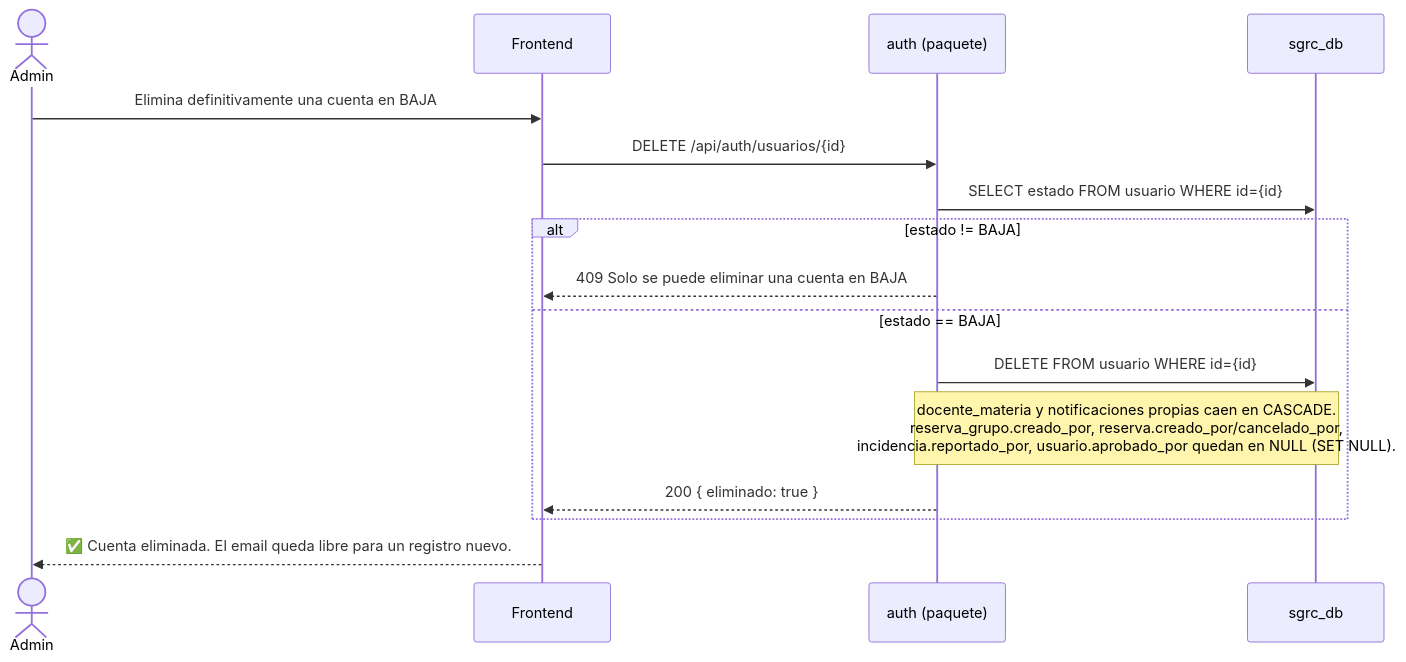
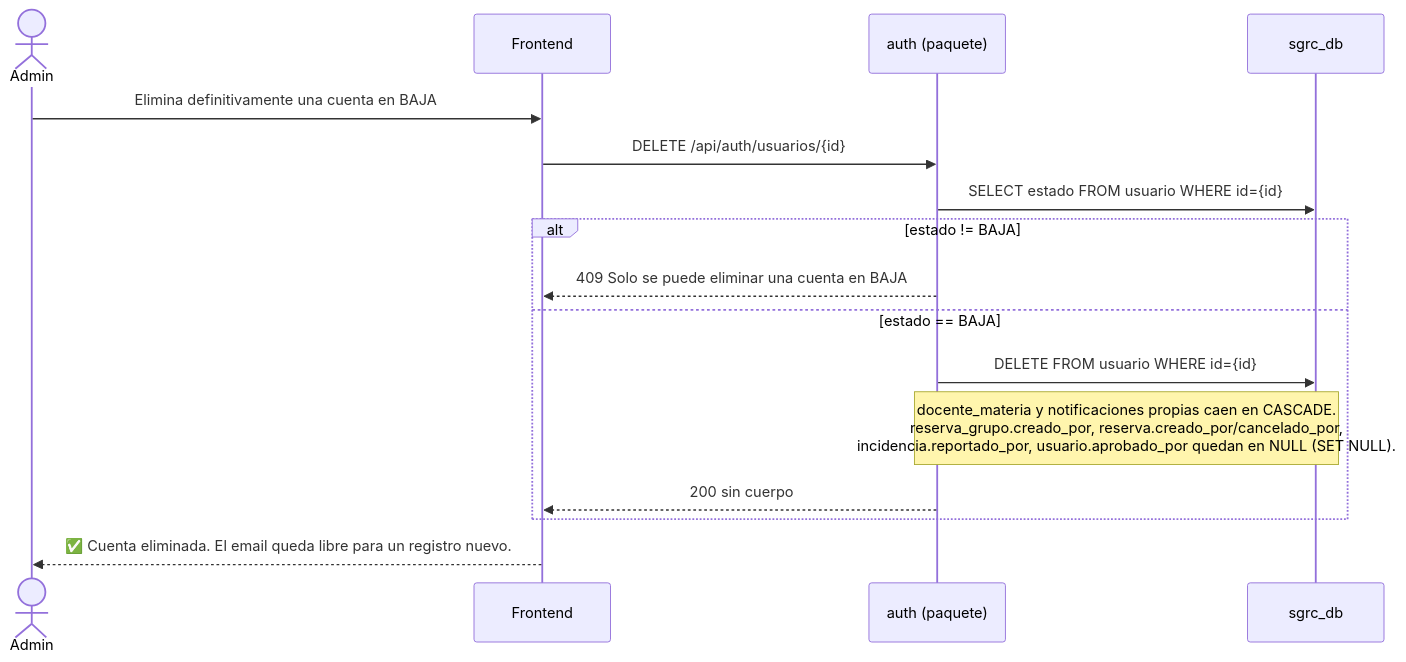
Diagram 12 of 14 in docs/04-diagramas-secuencia.md (agustin-y2k/sgrc), drawn with Mermaid before and after one commit. The commit also changed other lines of this file and 57 other files, not shown here.

````diff
--- a/docs/04-diagramas-secuencia.md
+++ b/docs/04-diagramas-secuencia.md
@@ -360,19 +396,19 @@
 ```mermaid
 sequenceDiagram
     actor ADM as Admin
     participant FE as Frontend
     participant AUTH as auth (paquete)
     participant DB as sgrc_db
 
     ADM->>FE: Elimina definitivamente una cuenta en BAJA
     FE->>AUTH: DELETE /api/auth/usuarios/{id}
     AUTH->>DB: SELECT estado FROM usuario WHERE id={id}
     alt estado != BAJA
         AUTH-->>FE: 409 Solo se puede eliminar una cuenta en BAJA
     else estado == BAJA
         AUTH->>DB: DELETE FROM usuario WHERE id={id}
         Note over AUTH,DB: docente_materia y notificaciones propias caen en CASCADE.<br/>reserva_grupo.creado_por, reserva.creado_por/cancelado_por,<br/>incidencia.reportado_por, usuario.aprobado_por quedan en NULL (SET NULL).
-        AUTH-->>FE: 200 { eliminado: true }
+        AUTH-->>FE: 200 sin cuerpo
     end
     FE-->>ADM: ✅ Cuenta eliminada. El email queda libre para un registro nuevo.
 ```
````
